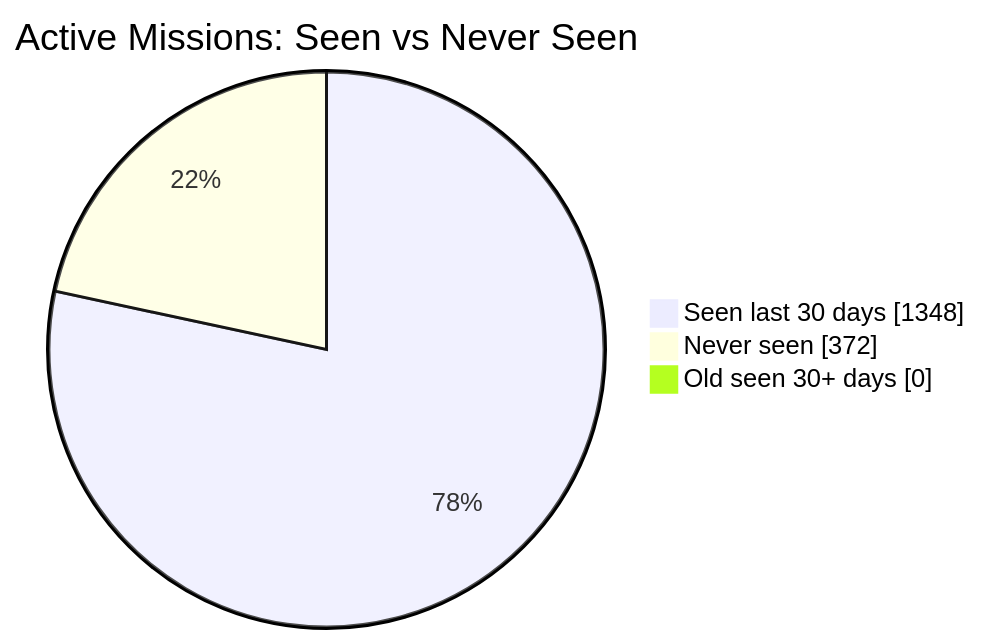
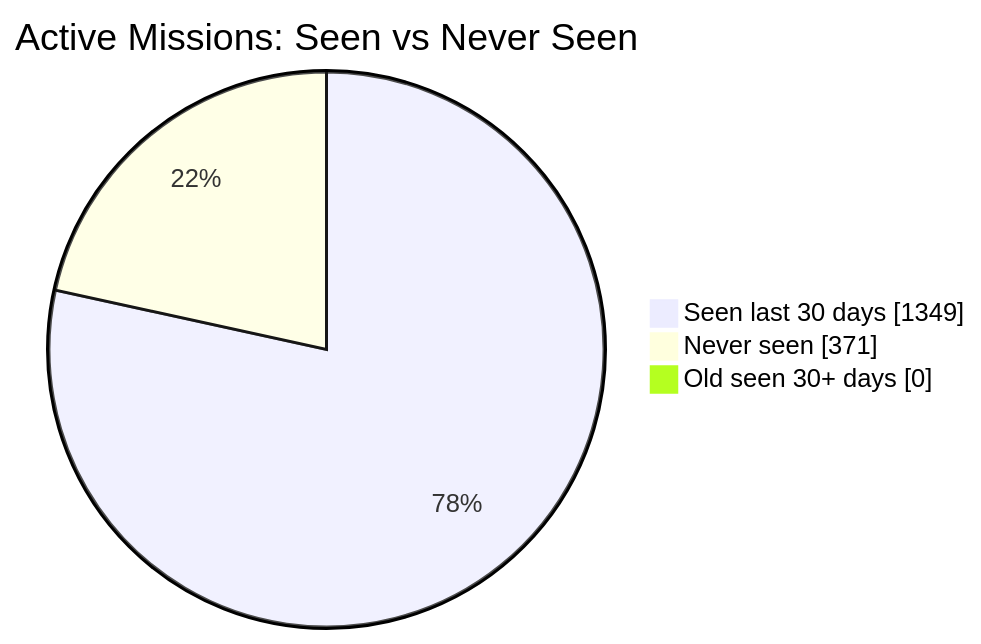
Before and after one commit to MeldkamerspelGameTeam/active-missions: the first of 2 diagrams in README.md, drawn with Mermaid. The commit also changed other lines of this file and 2 other files, not shown here.

````diff
--- a/README.md
+++ b/README.md
@@ -34,7 +34,7 @@
 ```mermaid
 pie showData
     title Active Missions: Seen vs Never Seen
-    "Seen last 30 days" : 1348
-    "Never seen" : 372
+    "Seen last 30 days" : 1349
+    "Never seen" : 371
     "Old seen 30+ days" : 0
 ```
````
